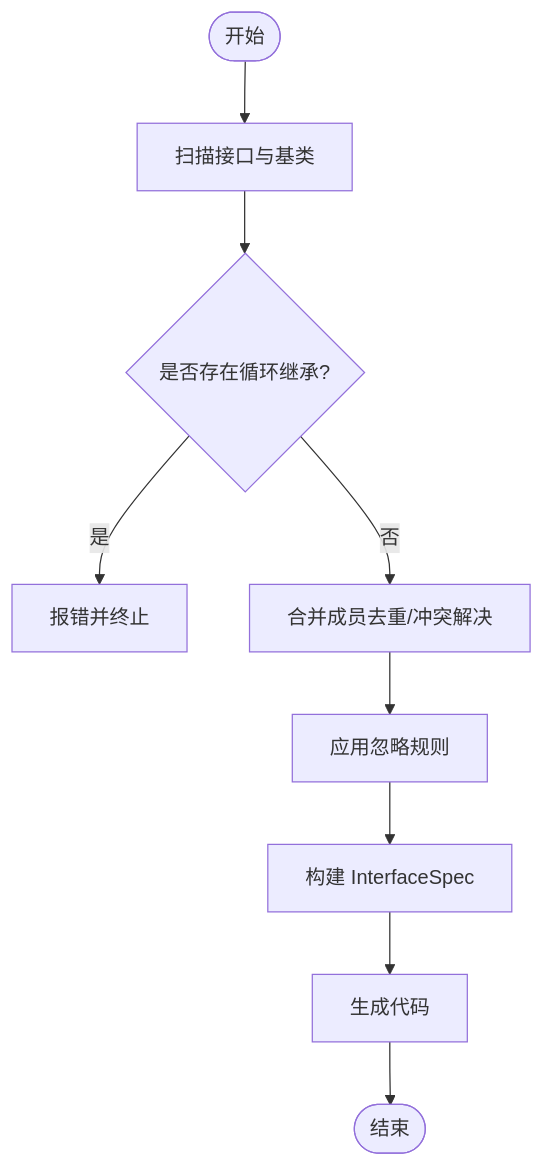
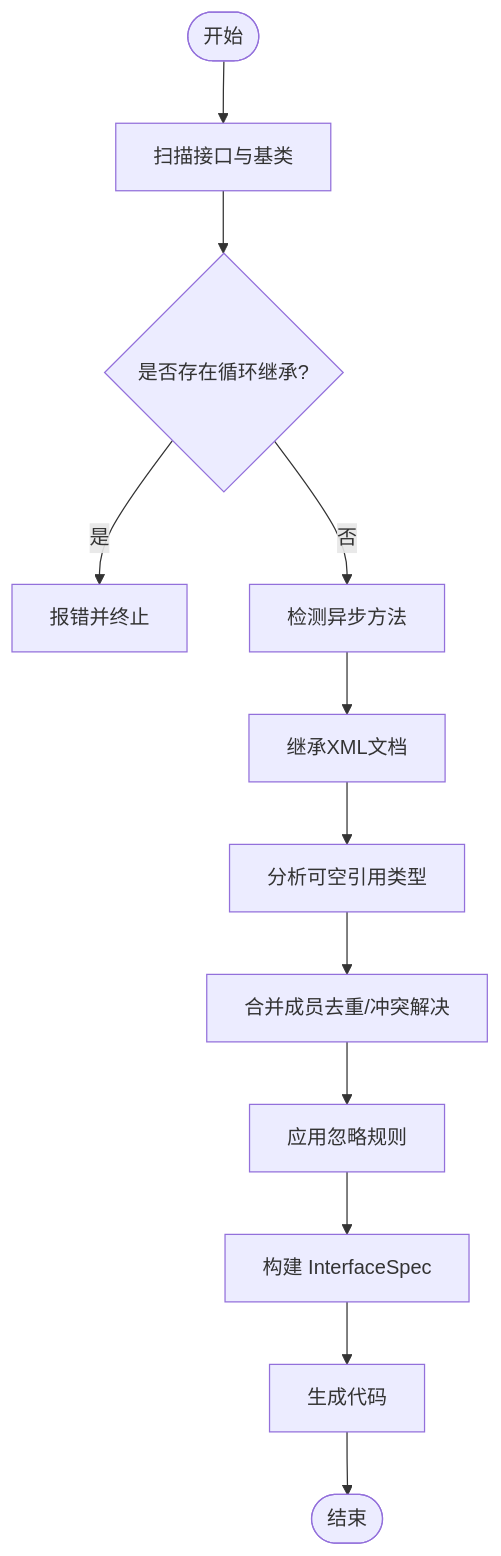
Before and after one commit to alivy/AutoCode: the fifth of 7 diagrams in .qoder/repowiki/zh/content/源代码生成器/源代码生成器.md, drawn with Mermaid. The commit also changed other lines of this file and 152 other files, not shown here.

````diff
--- a/.qoder/repowiki/zh/content/源代码生成器/源代码生成器.md
+++ b/.qoder/repowiki/zh/content/源代码生成器/源代码生成器.md
@@ -352,11 +341,14 @@
 ```mermaid
 flowchart TD
 Start(["开始"]) --> Scan["扫描接口与基类"]
 Scan --> CheckCycle{"是否存在循环继承?"}
 CheckCycle --> |是| Error["报错并终止"]
-CheckCycle --> |否| MergeMembers["合并成员去重/冲突解决"]
+CheckCycle --> |否| DetectAsync["检测异步方法"]
+DetectAsync --> InheritXml["继承XML文档"]
+InheritXml --> AnalyzeNullable["分析可空引用类型"]
+AnalyzeNullable --> MergeMembers["合并成员去重/冲突解决"]
 MergeMembers --> ApplyIgnore["应用忽略规则"]
 ApplyIgnore --> BuildSpec["构建 InterfaceSpec"]
 BuildSpec --> Generate["生成代码"]
 Generate --> End(["结束"])
 ```
````
